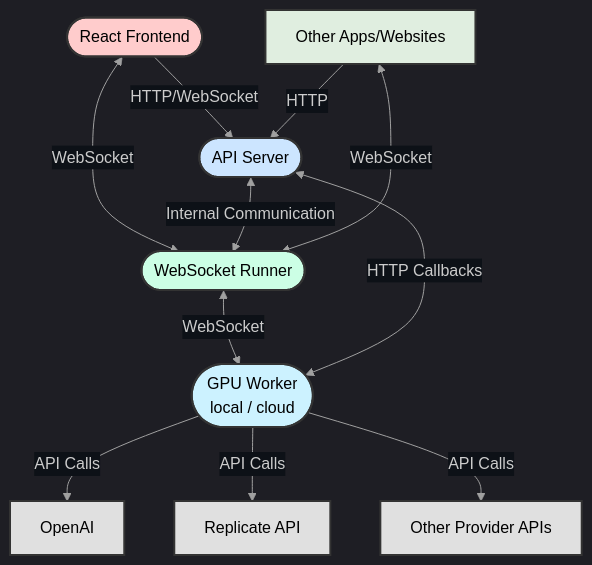
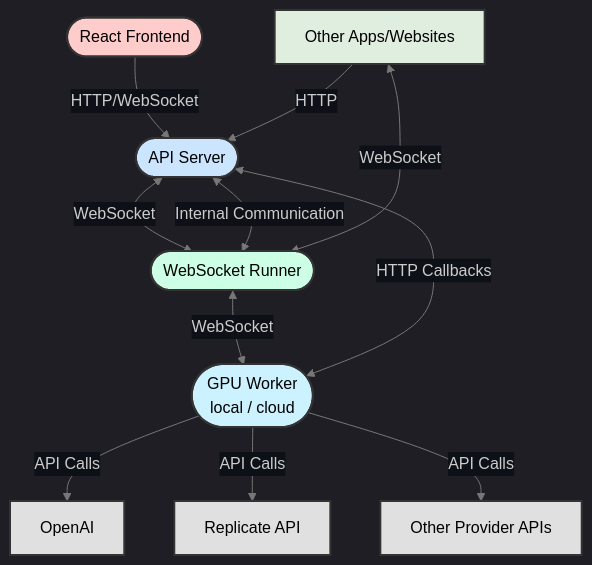
One commit to nodetool-ai/nodetool changed the diagram in README.md. Above: the diagram before and after it, drawn with Mermaid.

Commit message:
Update README.md architecture style

````diff
--- a/README.md
+++ b/README.md
@@ -102,31 +102,32 @@
 ```mermaid
-%%{init: {'theme': 'dark', 'themeVariables': { 'primaryColor': '#0d1117', 'edgeLabelBackground': '#0d1117', 'lineColor': '#a0a0a0', 'edgeLabelColor': '#a0a0a0' }}}%%
+%%{init: {'theme': 'dark', 'themeVariables': { 'primaryColor': '#0d1117', 'edgeLabelBackground': '#0d1117', 'lineColor': '#777', 'edgeLabelColor': '#777' }}}%%
+
 graph TD
 A([React Frontend]) -->|HTTP/WebSocket| B([API Server])
-A <-->|WebSocket| C([WebSocket Runner])
+ <-->|WebSocket| C([WebSocket Runner])
 B <-->|Internal Communication| C
 C <-->|WebSocket| D([GPU Worker<br>local / cloud])
 D <-->|HTTP Callbacks| B
 E[Other Apps/Websites] -->|HTTP| B
 E <-->|WebSocket| C
 D -->|API Calls| F[OpenAI]
 D -->|API Calls| G[Replicate API]
 D -->|API Calls| H[Other Provider APIs]
 
 
     classDef default fill:#e0eee0,stroke:#333,stroke-width:2px,color:#000;
     classDef frontend fill:#ffcccc,stroke:#333,stroke-width:2px,color:#000;
     classDef server fill:#cce5ff,stroke:#333,stroke-width:2px,color:#000;
     classDef runner fill:#ccffe5,stroke:#333,stroke-width:2px,color:#000;
     classDef worker fill:#ccf2ff,stroke:#333,stroke-width:2px,color:#000;
     classDef api fill:#e0e0e0,stroke:#333,stroke-width:2px,color:#000;
     classDef darkgray fill:#a9a9a9,stroke:#333,stroke-width:2px,color:#000;
 
 
     class A frontend;
     class B server;
     class C runner;
     class D worker;
     class E other;
     class F,G,H api;
 ```
````
